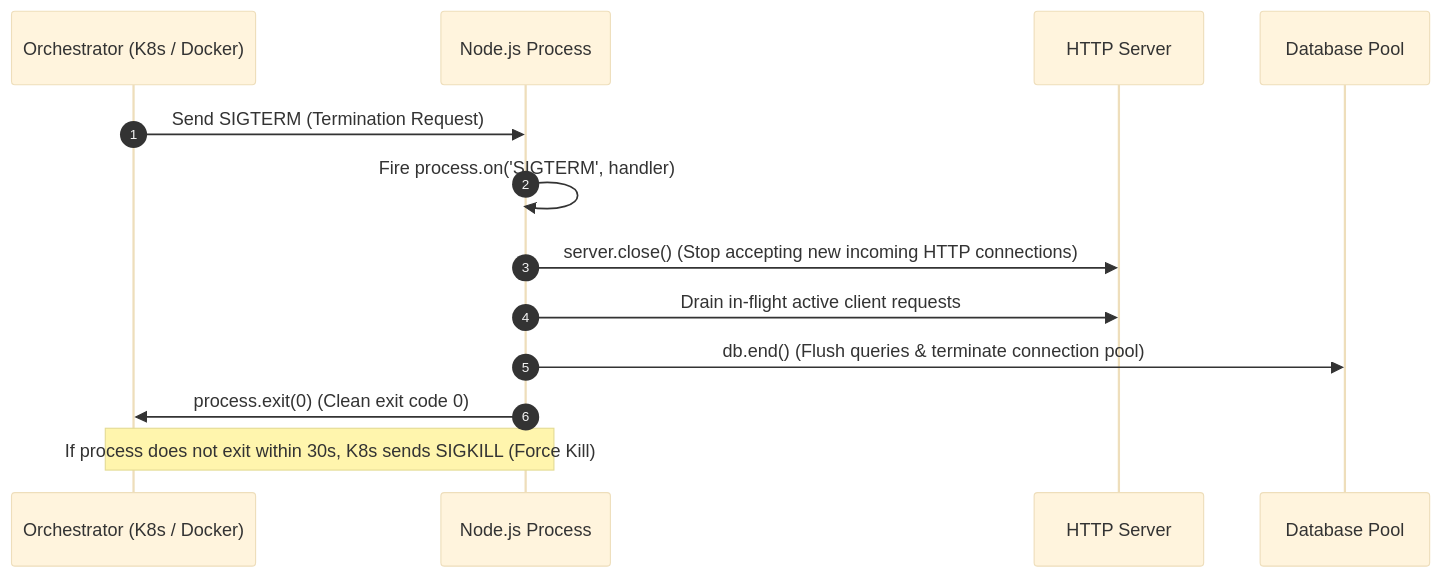
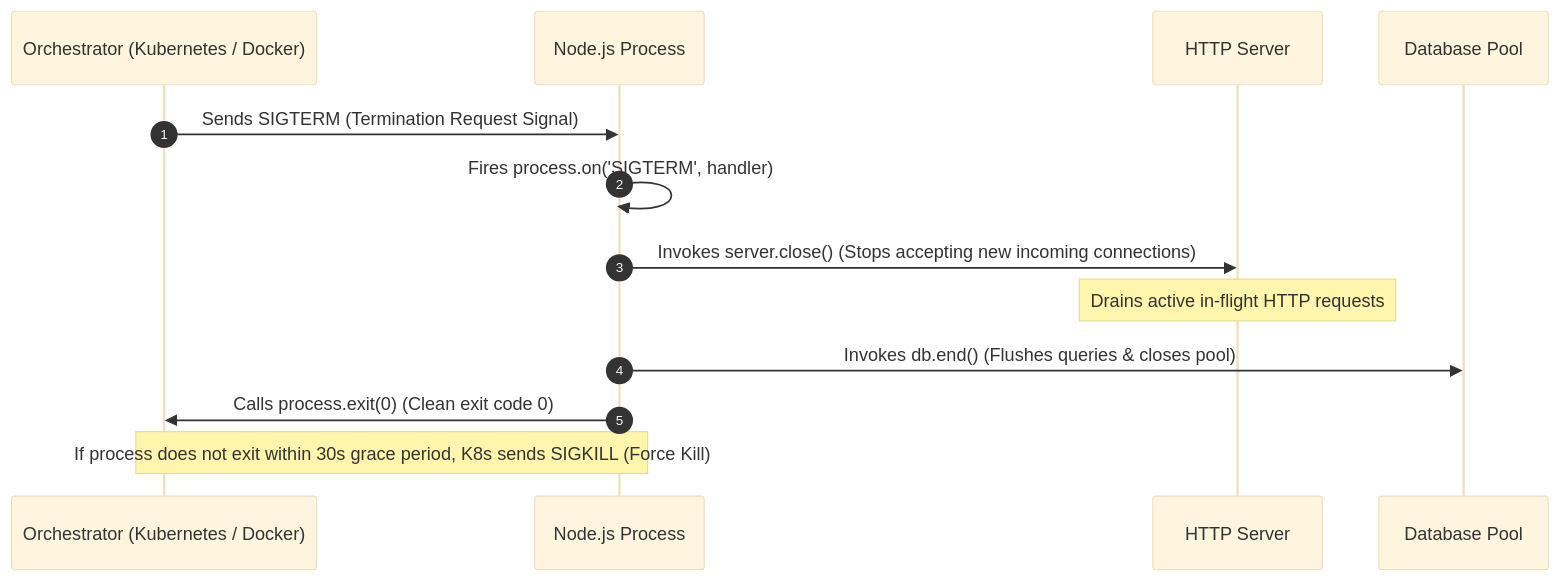
One commit to Amie-dev/engineering-playbook changed the third of 3 diagrams in nodejs-notes/03-process-object.md. Above: the diagram before and after it, drawn with Mermaid (base theme). The commit also changed other lines of this file and 31 other files, not shown here.

````diff
--- a/nodejs-notes/03-process-object.md
+++ b/nodejs-notes/03-process-object.md
@@ -63,17 +71,19 @@
 ```mermaid
 sequenceDiagram
     autonumber
-    participant K8s as Orchestrator (K8s / Docker)
+    participant K8s as Orchestrator (Kubernetes / Docker)
     participant Node as Node.js Process
     participant HTTP as HTTP Server
     participant DB as Database Pool
 
-    K8s->>Node: Send SIGTERM (Termination Request)
-    Node->>Node: Fire process.on('SIGTERM', handler)
-    Node->>HTTP: server.close() (Stop accepting new incoming HTTP connections)
-    Node->>HTTP: Drain in-flight active client requests
-    Node->>DB: db.end() (Flush queries & terminate connection pool)
-    Node->>K8s: process.exit(0) (Clean exit code 0)
+    K8s->>Node: Sends SIGTERM (Termination Request Signal)
+    Node->>Node: Fires process.on('SIGTERM', handler)
+    Node->>HTTP: Invokes server.close() (Stops accepting new incoming connections)
     
-    Note over K8s,Node: If process does not exit within 30s, K8s sends SIGKILL (Force Kill)
+    Note over HTTP: Drains active in-flight HTTP requests
+    
+    Node->>DB: Invokes db.end() (Flushes queries & closes pool)
+    Node->>K8s: Calls process.exit(0) (Clean exit code 0)
+    
+    Note over K8s,Node: If process does not exit within 30s grace period, K8s sends SIGKILL (Force Kill)
 ```
````
